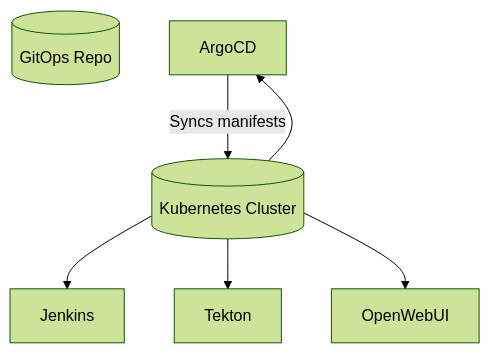
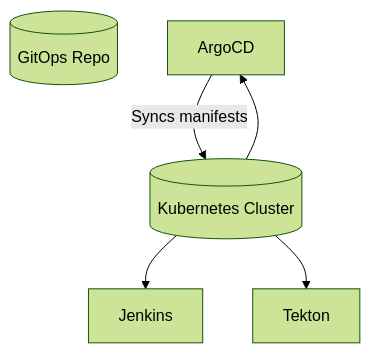
One commit to CryptoRodeo/backstage-lab changed the diagram in README.md. Above: the diagram before and after it, drawn with Mermaid (forest theme). The commit also changed other lines of this file, not shown here.

Commit message:
Remove sections on Open WebUI

````diff
--- a/README.md
+++ b/README.md
@@ -242,9 +239,8 @@
 ```mermaid
 graph TD
     GitRepo[(GitOps Repo)]
     ArgoCD -->|Syncs manifests| K8sCluster[(Kubernetes Cluster)]
     K8sCluster --> Jenkins
     K8sCluster --> ArgoCD
     K8sCluster --> Tekton
-    K8sCluster --> OpenWebUI
 ```
````
